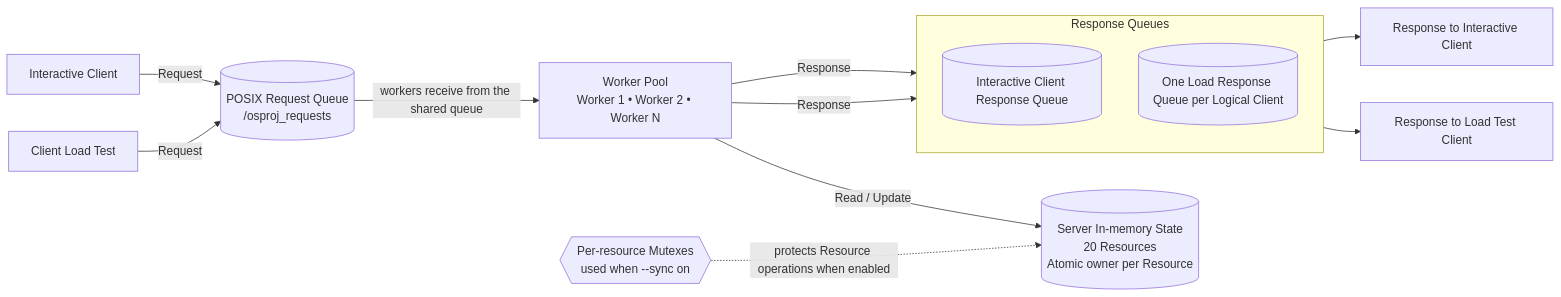
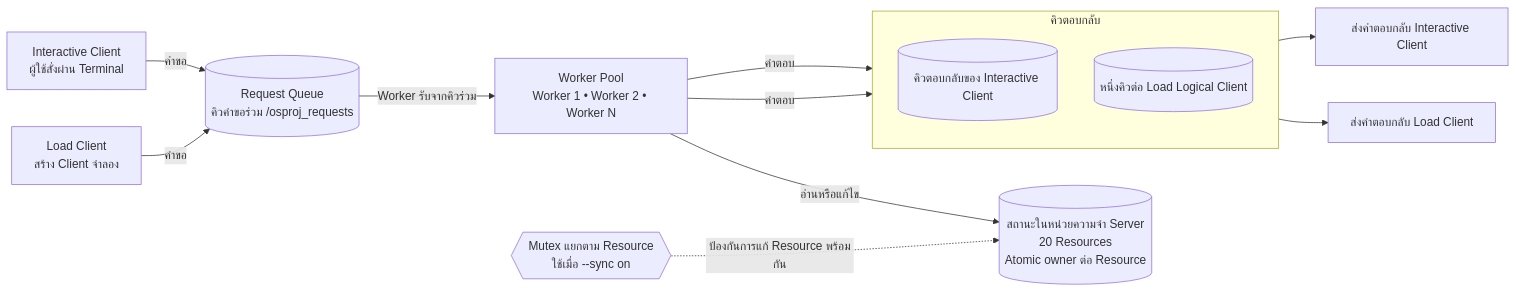
One commit to Lxwkxy/cinema-seat-reservation changed the first of 2 diagrams in docs/architecture.md. Above: the diagram before and after it, drawn with Mermaid. The commit also changed other lines of this file and 1 other file, not shown here.

````diff
--- a/docs/architecture.md
+++ b/docs/architecture.md
@@ -21,28 +30,28 @@
 ```mermaid
 flowchart LR
-    C1[Interactive Client]
-    C2[Client Load Test]
-    R[(POSIX Request Queue<br/>/osproj_requests)]
+    C1[Interactive Client<br/>ผู้ใช้สั่งผ่าน Terminal]
+    C2[Load Client<br/>สร้าง Client จำลอง]
+    R[(Request Queue<br/>คิวคำขอร่วม /osproj_requests)]
     W[Worker Pool<br/>Worker 1 • Worker 2 • Worker N]
-    D[(Server In-memory State<br/>20 Resources<br/>Atomic owner per Resource)]
-    M{{Per-resource Mutexes<br/>used when --sync on}}
+    D[(สถานะในหน่วยความจำ Server<br/>20 Resources<br/>Atomic owner ต่อ Resource)]
+    M{{Mutex แยกตาม Resource<br/>ใช้เมื่อ --sync on}}
 
-    subgraph RESPONSES[Response Queues]
+    subgraph RESPONSES[คิวตอบกลับ]
         direction TB
-        Q1[(Interactive Client Response Queue)]
-        Q2[(One Load Response Queue per Logical Client)]
+        Q1[(คิวตอบกลับของ Interactive Client)]
+        Q2[(หนึ่งคิวต่อ Load Logical Client)]
     end
 
-    O1[Response to Interactive Client]
-    O2[Response to Load Test Client]
+    O1[ส่งคำตอบกลับ Interactive Client]
+    O2[ส่งคำตอบกลับ Load Client]
 
-    C1 -->|Request| R
-    C2 -->|Request| R
-    R -->|workers receive from the shared queue| W
-    W -->|Read / Update| D
-    M -. protects Resource operations when enabled .-> D
-    W -->|Response| Q1
-    W -->|Response| Q2
+    C1 -->|คำขอ| R
+    C2 -->|คำขอ| R
+    R -->|Worker รับจากคิวร่วม| W
+    W -->|อ่านหรือแก้ไข| D
+    M -. ป้องกันการแก้ Resource พร้อมกัน .-> D
+    W -->|คำตอบ| Q1
+    W -->|คำตอบ| Q2
     Q1 --> O1
     Q2 --> O2
 ```
````
